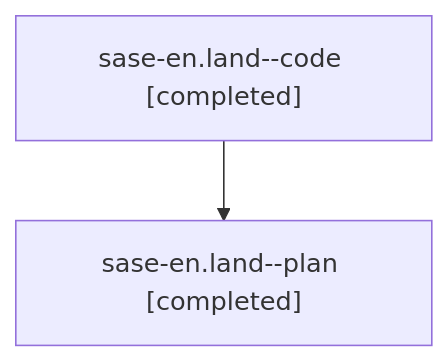
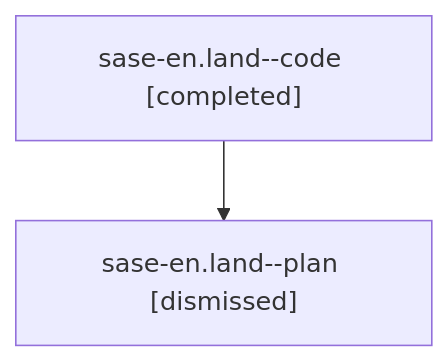
The diagram in families/bbugyi200.athena.sase-en.land.md (sase-org/sase--agents), drawn with Mermaid before and after one commit. The commit also changed other lines of this file and 5813 other files, not shown here.

````diff
--- a/families/bbugyi200.athena.sase-en.land.md
+++ b/families/bbugyi200.athena.sase-en.land.md
@@ -9,6 +9,6 @@
 ```mermaid
 flowchart TD
   n0["sase-en.land--code [completed]"]
-  n1["sase-en.land--plan [completed]"]
+  n1["sase-en.land--plan [dismissed]"]
   n0 --> n1
 ```
````
